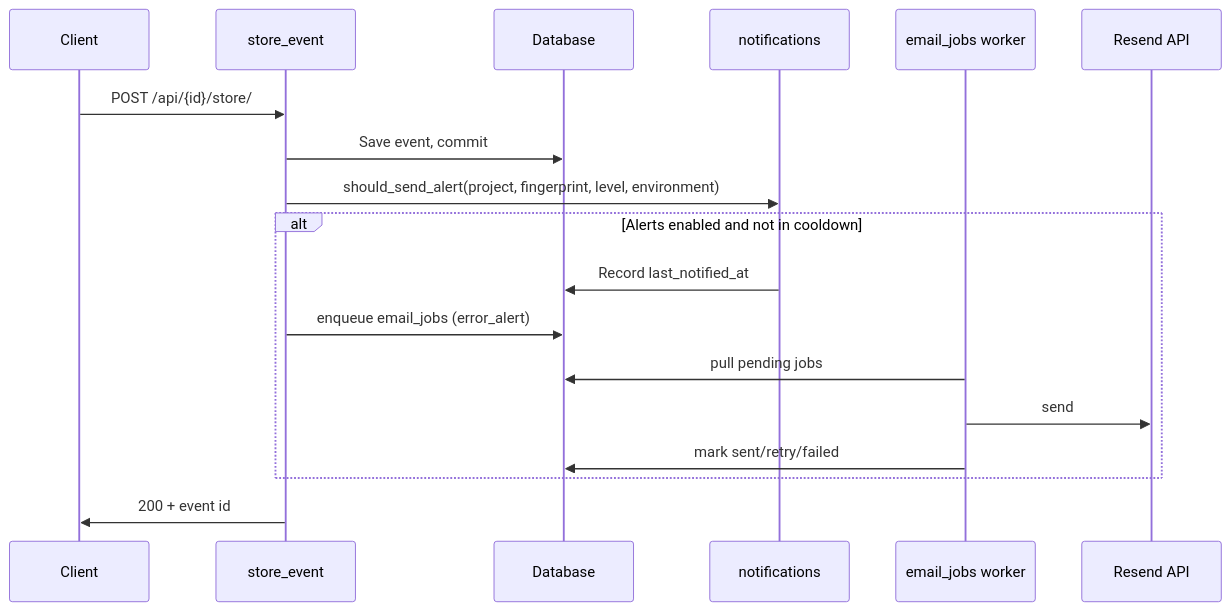
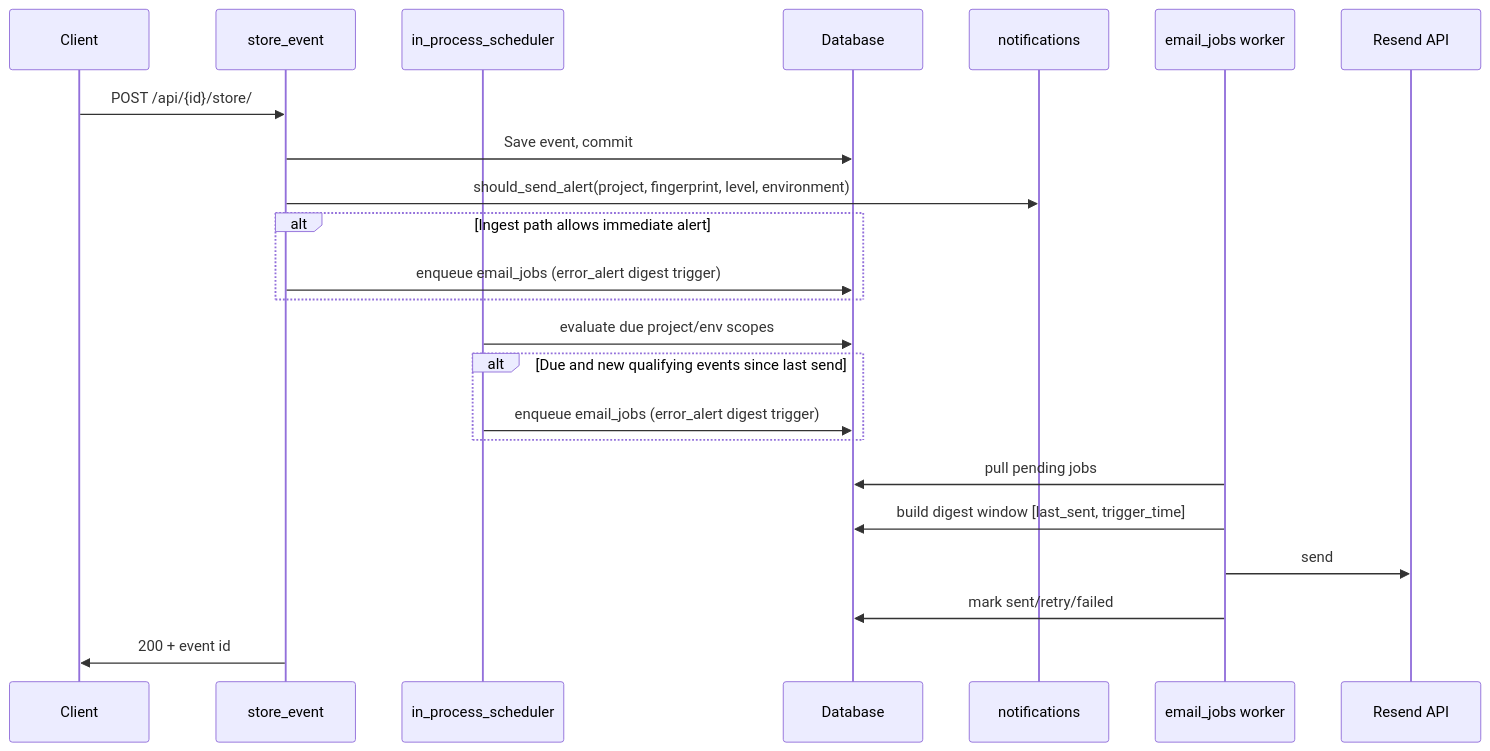
The diagram in docs/architecture/email-alerts.md (KingPegasus/XrayRadar), drawn with Mermaid before and after one commit. The commit also changed other lines of this file and 38 other files, not shown here.

First line of the commit message:
Implement in-process alert scheduler and refine email alert delivery

````diff
--- a/docs/architecture/email-alerts.md
+++ b/docs/architecture/email-alerts.md
@@ -9,21 +11,26 @@
 ```mermaid
 sequenceDiagram
   participant Client
   participant API as store_event
+  participant Scheduler as in_process_scheduler
   participant DB as Database
   participant Alerts as notifications
   participant Jobs as email_jobs worker
   participant Resend as Resend API
 
   Client->>API: POST /api/{id}/store/
   API->>DB: Save event, commit
   API->>Alerts: should_send_alert(project, fingerprint, level, environment)
-  alt Alerts enabled and not in cooldown
-    Alerts->>DB: Record last_notified_at
-    API->>DB: enqueue email_jobs (error_alert)
-    Jobs->>DB: pull pending jobs
-    Jobs->>Resend: send
-    Jobs->>DB: mark sent/retry/failed
+  alt Ingest path allows immediate alert
+    API->>DB: enqueue email_jobs (error_alert digest trigger)
   end
+  Scheduler->>DB: evaluate due project/env scopes
+  alt Due and new qualifying events since last send
+    Scheduler->>DB: enqueue email_jobs (error_alert digest trigger)
+  end
+  Jobs->>DB: pull pending jobs
+  Jobs->>DB: build digest window [last_sent, trigger_time]
+  Jobs->>Resend: send
+  Jobs->>DB: mark sent/retry/failed
   API->>Client: 200 + event id
 ```
````
